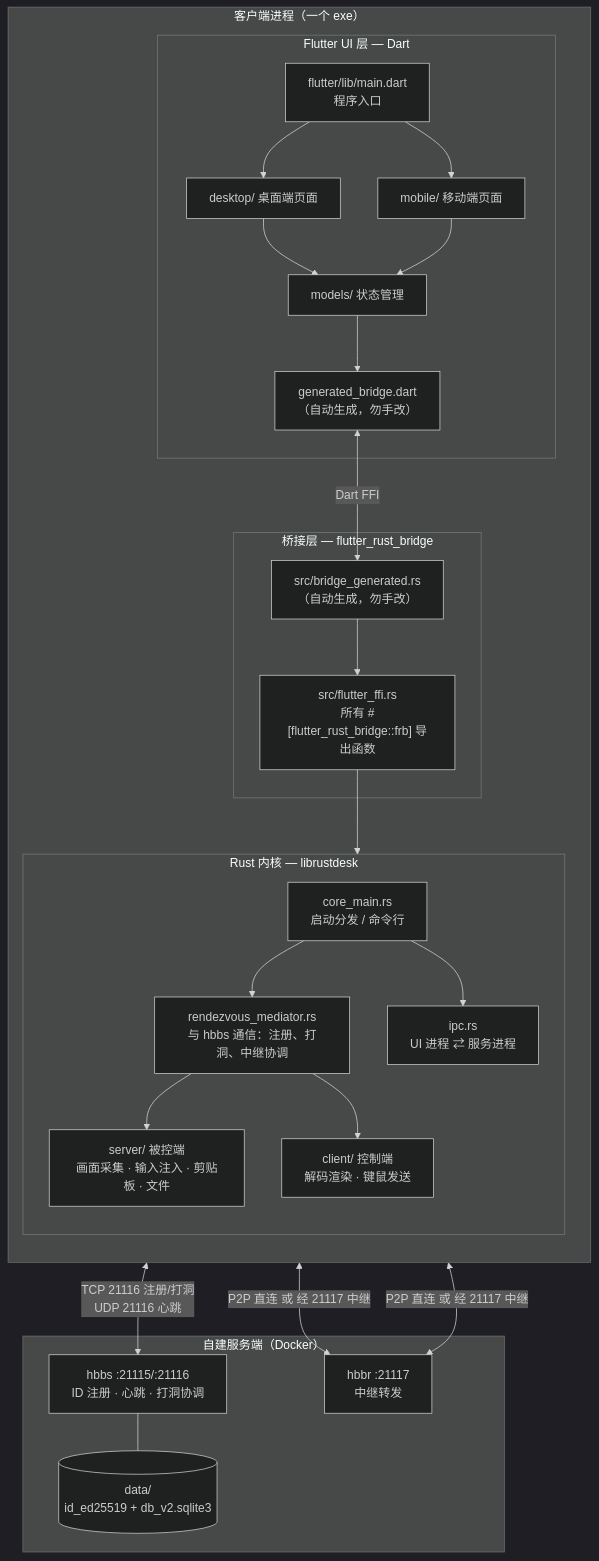
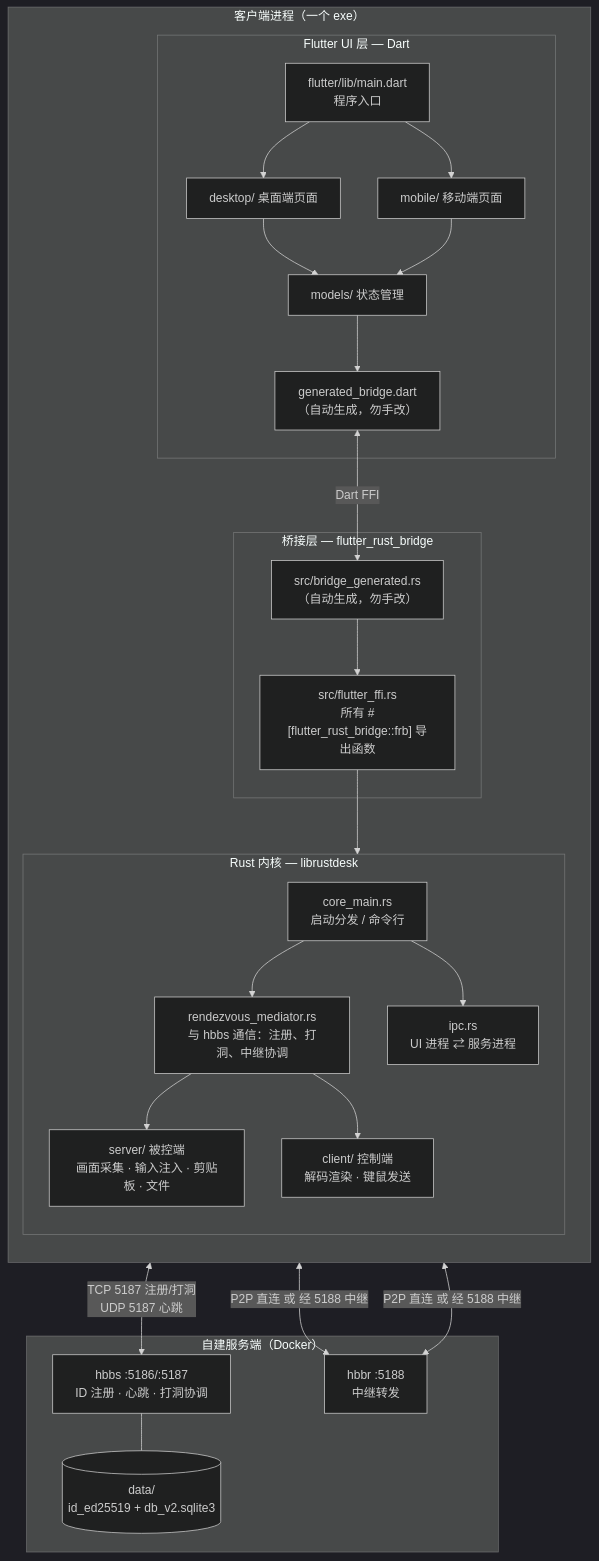
One commit to liaozhimingandy/wedesk changed the first of 4 diagrams in docs/01-architecture.md. Above: the diagram before and after it, drawn with Mermaid (dark theme). The commit also changed other lines of this file and 20 other files, not shown here.

````diff
--- a/docs/01-architecture.md
+++ b/docs/01-architecture.md
@@ -22,51 +22,51 @@
 ```mermaid
 flowchart TB
     subgraph CLIENT["客户端进程（一个 exe）"]
         direction TB
 
         subgraph UI["Flutter UI 层 — Dart"]
             MAIN["flutter/lib/main.dart<br/>程序入口"]
             DESK["desktop/ 桌面端页面"]
             MOB["mobile/ 移动端页面"]
             MODELS["models/ 状态管理"]
             GEN_DART["generated_bridge.dart<br/>（自动生成，勿手改）"]
             MAIN --> DESK
             MAIN --> MOB
             DESK --> MODELS
             MOB --> MODELS
             MODELS --> GEN_DART
         end
 
         subgraph BRIDGE["桥接层 — flutter_rust_bridge"]
             FFI["src/flutter_ffi.rs<br/>所有 #[flutter_rust_bridge::frb] 导出函数"]
             GEN_RS["src/bridge_generated.rs<br/>（自动生成，勿手改）"]
         end
 
         subgraph CORE["Rust 内核 — librustdesk"]
             CM["core_main.rs<br/>启动分发 / 命令行"]
             REN["rendezvous_mediator.rs<br/>与 hbbs 通信：注册、打洞、中继协调"]
             SRV["server/ 被控端<br/>画面采集 · 输入注入 · 剪贴板 · 文件"]
             CLI["client/ 控制端<br/>解码渲染 · 键鼠发送"]
             IPC["ipc.rs<br/>UI 进程 ⇄ 服务进程"]
             CM --> REN
             REN --> SRV
             REN --> CLI
             CM --> IPC
         end
     end
 
     GEN_DART <-->|"Dart FFI"| GEN_RS
     GEN_RS --> FFI
     FFI --> CORE
 
     subgraph SERVER["自建服务端（Docker）"]
-        HBBS["hbbs :21115/:21116<br/>ID 注册 · 心跳 · 打洞协调"]
-        HBBR["hbbr :21117<br/>中继转发"]
+        HBBS["hbbs :5186/:5187<br/>ID 注册 · 心跳 · 打洞协调"]
+        HBBR["hbbr :5188<br/>中继转发"]
         DB[("data/<br/>id_ed25519 + db_v2.sqlite3")]
         HBBS --- DB
     end
 
-    REN <-->|"TCP 21116 注册/打洞<br/>UDP 21116 心跳"| HBBS
-    SRV <-->|"P2P 直连 或 经 21117 中继"| HBBR
-    CLI <-->|"P2P 直连 或 经 21117 中继"| HBBR
+    REN <-->|"TCP 5187 注册/打洞<br/>UDP 5187 心跳"| HBBS
+    SRV <-->|"P2P 直连 或 经 5188 中继"| HBBR
+    CLI <-->|"P2P 直连 或 经 5188 中继"| HBBR
 ```
````
